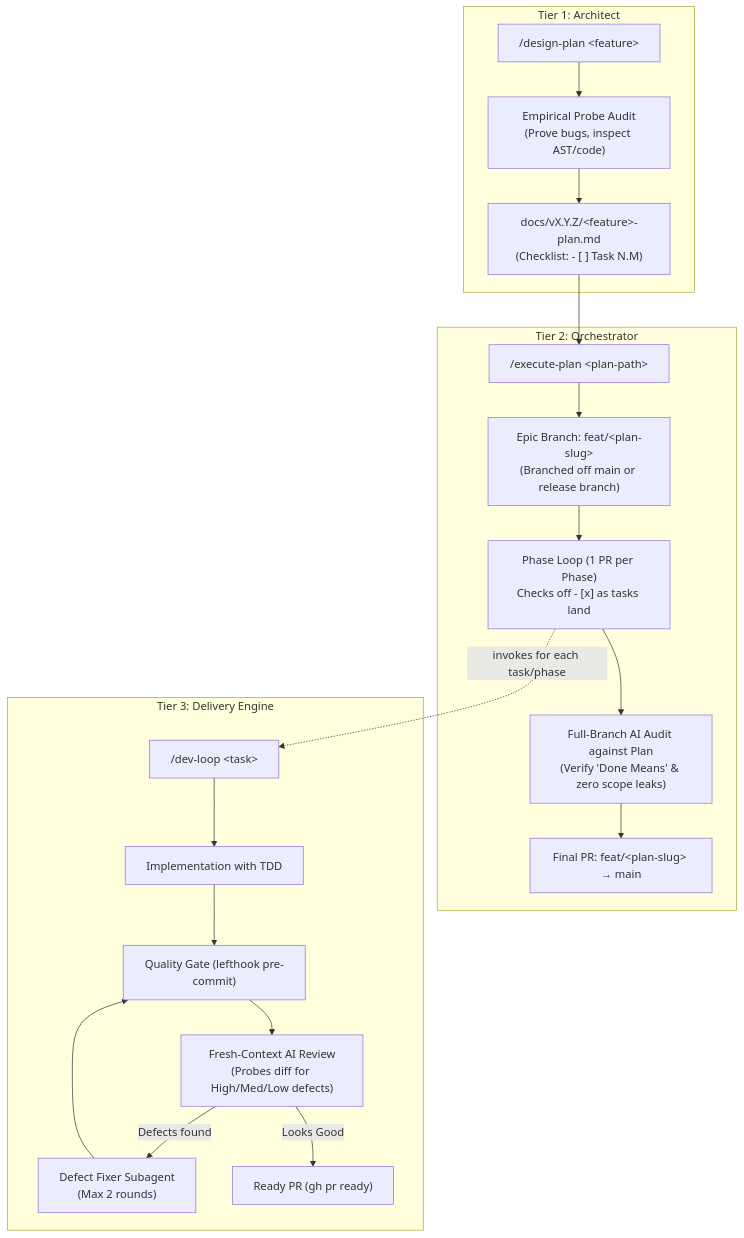
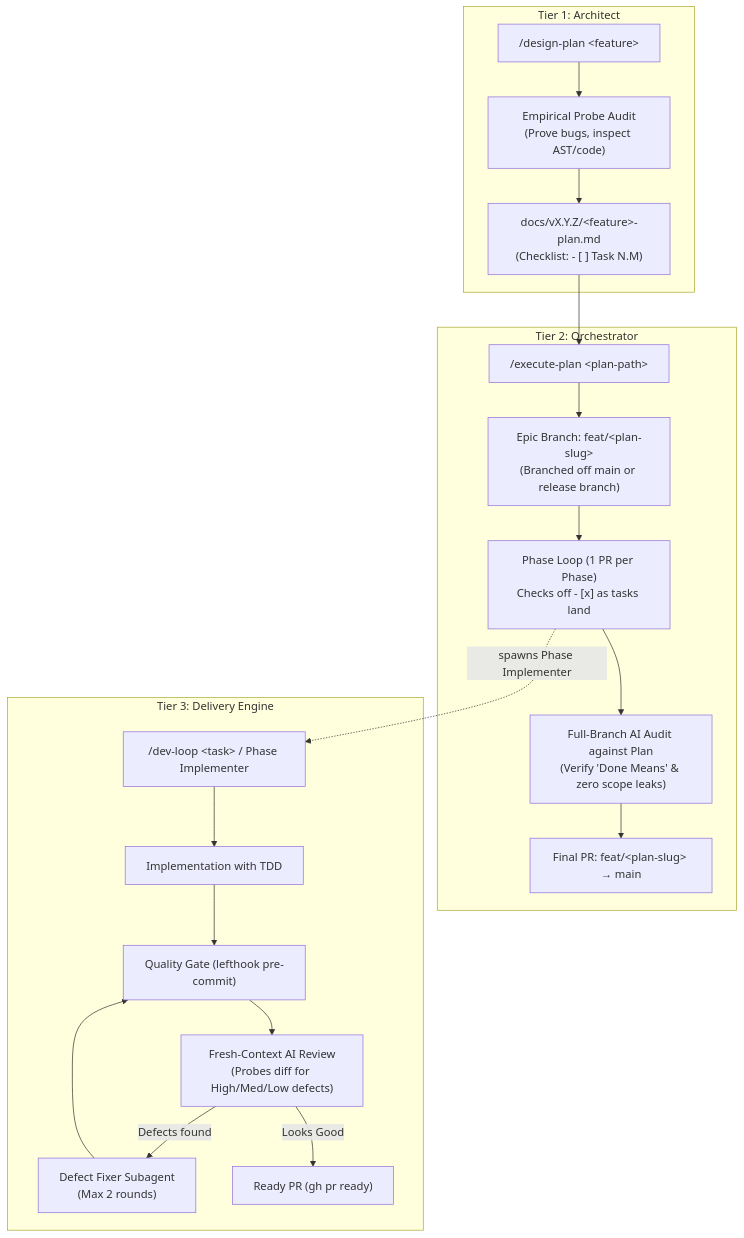
The first of 2 diagrams in docs/agentic-workflows.md (seriva/bootstrap), drawn with Mermaid before and after one commit. The commit also changed other lines of this file and 3 other files, not shown here.

Commit message:
feat(execute-plan): add Phase Implementer and Probe Investigator subagents for enhanced task execution and debugging

````diff
--- a/docs/agentic-workflows.md
+++ b/docs/agentic-workflows.md
@@ -11,37 +11,37 @@
 ```mermaid
 flowchart TD
     subgraph Tier1 ["Tier 1: Architect"]
         DP["/design-plan &lt;feature&gt;"]
         Audit["Empirical Probe Audit\n(Prove bugs, inspect AST/code)"]
         PlanDoc["docs/vX.Y.Z/&lt;feature&gt;-plan.md\n(Checklist: - [ ] Task N.M)"]
         DP --> Audit --> PlanDoc
     end
 
     subgraph Tier2 ["Tier 2: Orchestrator"]
         EP["/execute-plan &lt;plan-path&gt;"]
         PlanBranch["Epic Branch: feat/&lt;plan-slug&gt;\n(Branched off main or release branch)"]
         PhaseLoop["Phase Loop (1 PR per Phase)\nChecks off - [x] as tasks land"]
         FinalAudit["Full-Branch AI Audit against Plan\n(Verify 'Done Means' & zero scope leaks)"]
         FinalPR["Final PR: feat/&lt;plan-slug&gt; &rarr; main"]
         
         PlanDoc --> EP
         EP --> PlanBranch
         PlanBranch --> PhaseLoop
         PhaseLoop --> FinalAudit
         FinalAudit --> FinalPR
     end
 
     subgraph Tier3 ["Tier 3: Delivery Engine"]
-        DL["/dev-loop &lt;task&gt;"]
+        DL["/dev-loop &lt;task&gt; / Phase Implementer"]
         TDD["Implementation with TDD"]
         Gate["Quality Gate (lefthook pre-commit)"]
         Review["Fresh-Context AI Review\n(Probes diff for High/Med/Low defects)"]
         Fix["Defect Fixer Subagent\n(Max 2 rounds)"]
         PR["Ready PR (gh pr ready)"]
 
-        PhaseLoop -.->|"invokes for each task/phase"| DL
+        PhaseLoop -.->|"spawns Phase Implementer"| DL
         DL --> TDD --> Gate --> Review
         Review -- Defects found --> Fix --> Gate
         Review -- Looks Good --> PR
     end
 ```
````
